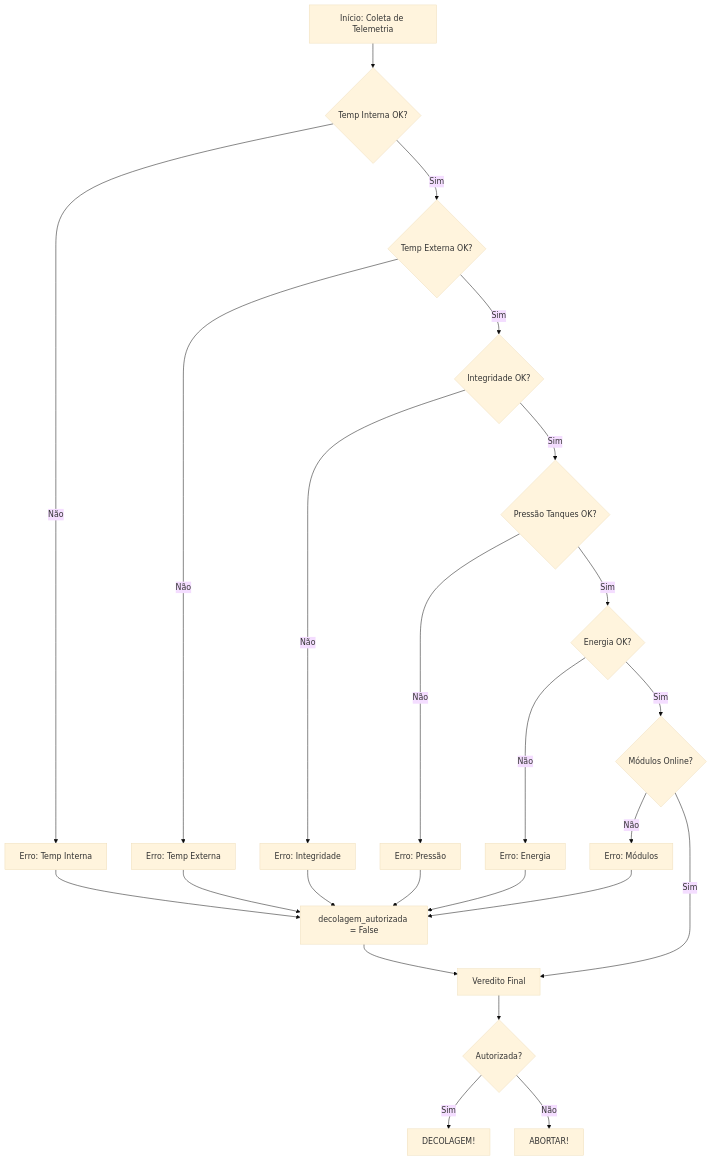
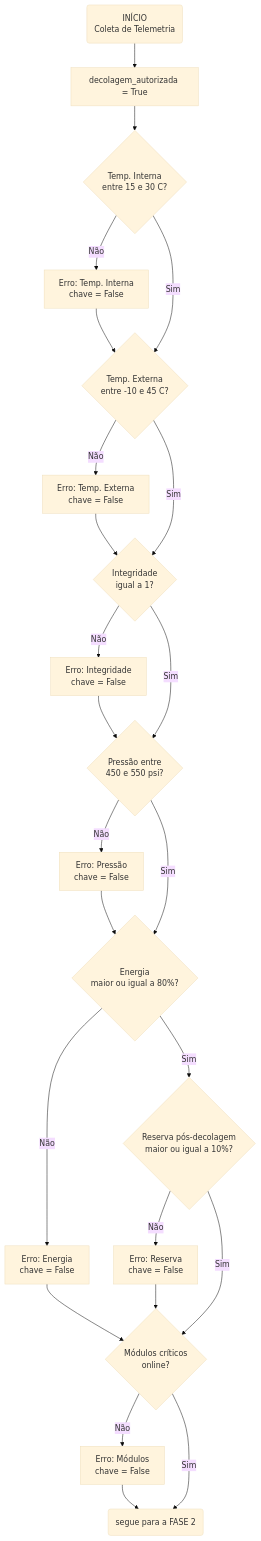
One commit to Douglasgbm/Aurora_pbl changed the second of 3 diagrams in ROADMAP.MD. Above: the diagram before and after it, drawn with Mermaid (base theme). The commit also changed other lines of this file and 14 other files, not shown here.

````diff
--- a/ROADMAP.MD
+++ b/ROADMAP.MD
@@ -117,38 +134,33 @@
 ```mermaid
 graph TD
-    A[Início: Coleta de Telemetria] --> B{Temp Interna OK?}
-    B -- Não --> C[Erro: Temp Interna]
-    B -- Sim --> D{Temp Externa OK?}
-    
-    C --> E[decolagem_autorizada = False]
-    
-    D -- Não --> F[Erro: Temp Externa]
-    D -- Sim --> G{Integridade OK?}
-    
-    F --> E
-    
-    G -- Não --> H[Erro: Integridade]
-    G -- Sim --> I{Pressão Tanques OK?}
-    
-    H --> E
-    
-    I -- Não --> J[Erro: Pressão]
-    I -- Sim --> K{Energia OK?}
-    
-    J --> E
-    
-    K -- Não --> L[Erro: Energia]
-    K -- Sim --> M{Módulos Online?}
-    
-    L --> E
-    
-    M -- Não --> N[Erro: Módulos]
-    M -- Sim --> O[Veredito Final]
-    
-    N --> E
-    E --> O
-    
-    O --> P{Autorizada?}
-    P -- Sim --> Q[DECOLAGEM!]
-    P -- Não --> R[ABORTAR!]
+    A("INÍCIO<br/>Coleta de Telemetria") --> B["decolagem_autorizada = True"]
+
+    B --> V1{"Temp. Interna<br/>entre 15 e 30 C?"}
+    V1 -- Não --> X1["Erro: Temp. Interna<br/>chave = False"]
+    V1 -- Sim --> V2{"Temp. Externa<br/>entre -10 e 45 C?"}
+    X1 --> V2
+
+    V2 -- Não --> X2["Erro: Temp. Externa<br/>chave = False"]
+    V2 -- Sim --> V3{"Integridade<br/>igual a 1?"}
+    X2 --> V3
+
+    V3 -- Não --> X3["Erro: Integridade<br/>chave = False"]
+    V3 -- Sim --> V4{"Pressão entre<br/>450 e 550 psi?"}
+    X3 --> V4
+
+    V4 -- Não --> X4["Erro: Pressão<br/>chave = False"]
+    V4 -- Sim --> V5{"Energia<br/>maior ou igual a 80%?"}
+    X4 --> V5
+
+    V5 -- Não --> X5["Erro: Energia<br/>chave = False"]
+    V5 -- Sim --> V6{"Reserva pós-decolagem<br/>maior ou igual a 10%?"}
+
+    V6 -- Não --> X6["Erro: Reserva<br/>chave = False"]
+    V6 -- Sim --> V7{"Módulos críticos<br/>online?"}
+    X5 --> V7
+    X6 --> V7
+
+    V7 -- Não --> X7["Erro: Módulos<br/>chave = False"]
+    V7 -- Sim --> IA("segue para a FASE 2")
+    X7 --> IA
 ```
````
